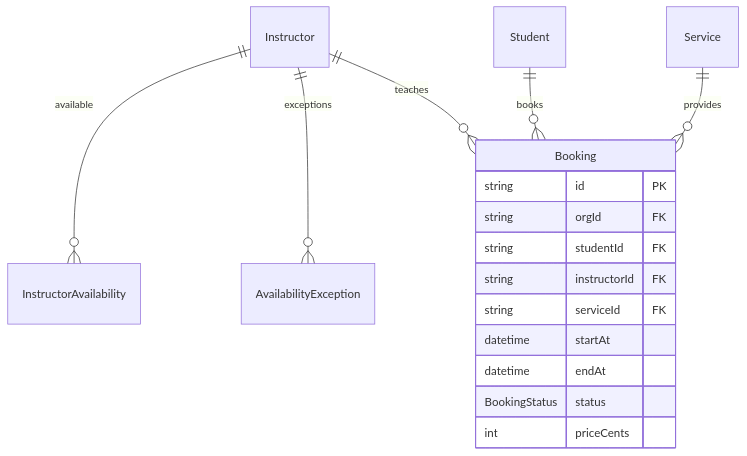
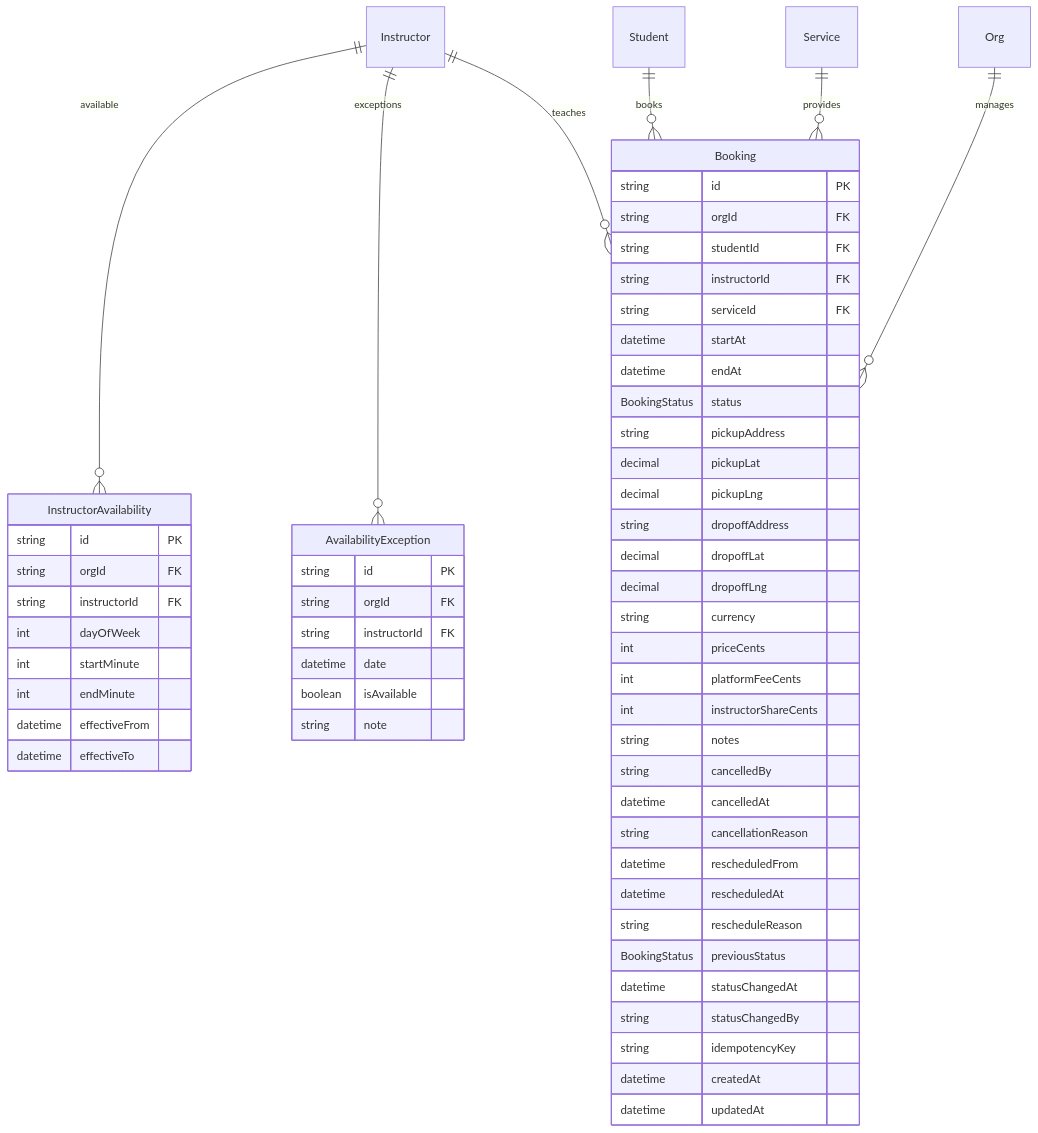
One commit to ssingh-rookie/DriveFlow changed the fifth of 13 diagrams in docs/database/entity-relationships.md. Above: the diagram before and after it, drawn with Mermaid. The commit also changed other lines of this file and 8 other files, not shown here.

````diff
--- a/docs/database/entity-relationships.md
+++ b/docs/database/entity-relationships.md
@@ -92,20 +156,61 @@
 ```mermaid
 erDiagram
     Instructor ||--o{ InstructorAvailability : "available"
     Instructor ||--o{ AvailabilityException : "exceptions"
     Instructor ||--o{ Booking : "teaches"
     Student ||--o{ Booking : "books"
     Service ||--o{ Booking : "provides"
-    
+    Org ||--o{ Booking : "manages"
+
     Booking {
         string id PK
         string orgId FK
         string studentId FK
         string instructorId FK
         string serviceId FK
         datetime startAt
         datetime endAt
         BookingStatus status
+        string pickupAddress
+        decimal pickupLat
+        decimal pickupLng
+        string dropoffAddress
+        decimal dropoffLat
+        decimal dropoffLng
+        string currency
         int priceCents
+        int platformFeeCents
+        int instructorShareCents
+        string notes
+        string cancelledBy
+        datetime cancelledAt
+        string cancellationReason
+        datetime rescheduledFrom
+        datetime rescheduledAt
+        string rescheduleReason
+        BookingStatus previousStatus
+        datetime statusChangedAt
+        string statusChangedBy
+        string idempotencyKey
+        datetime createdAt
+        datetime updatedAt
+    }
+    InstructorAvailability {
+        string id PK
+        string orgId FK
+        string instructorId FK
+        int dayOfWeek
+        int startMinute
+        int endMinute
+        datetime effectiveFrom
+        datetime effectiveTo
+    }
+    AvailabilityException {
+        string id PK
+        string orgId FK
+        string instructorId FK
+        datetime date
+        boolean isAvailable
+        string note
     }
 ```
````
